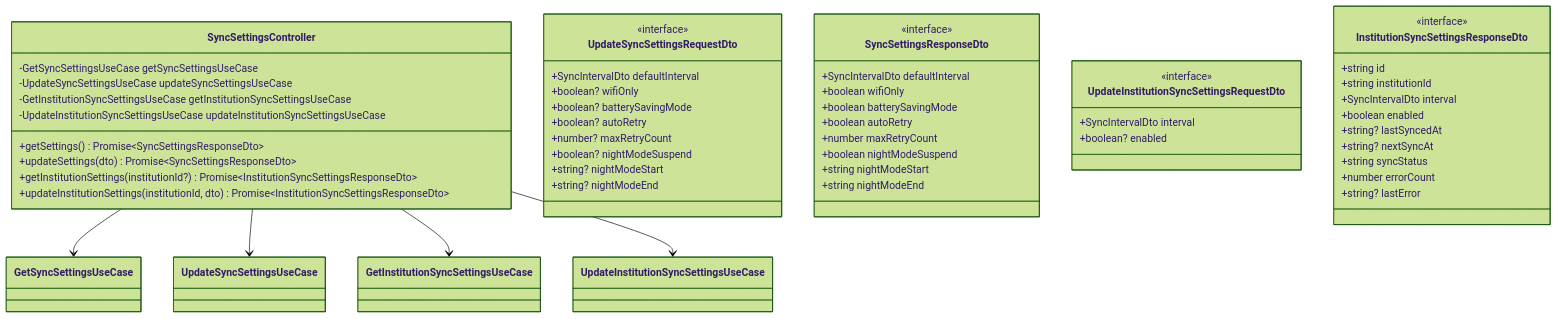
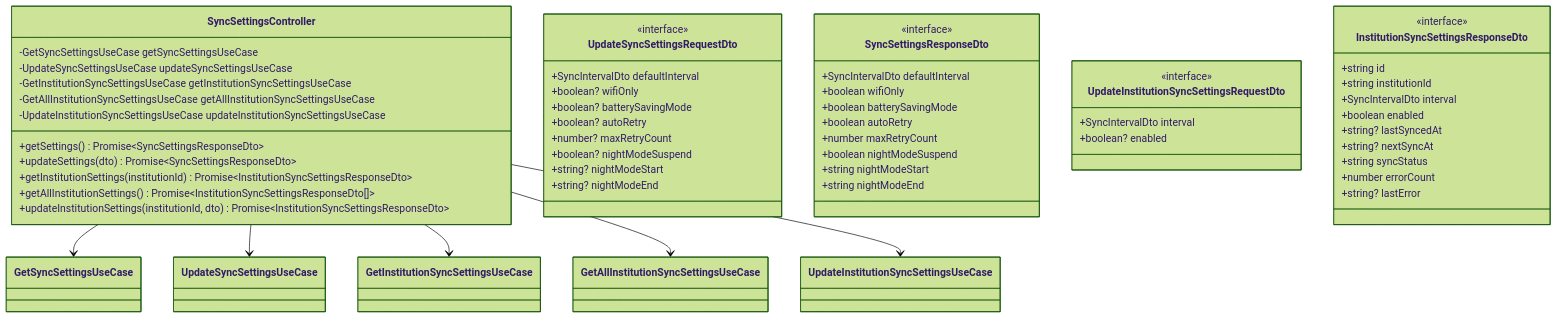
One commit to kencom2400/account-book changed the fourth of 4 diagrams in docs/detailed-design/FR-030_sync-settings/class-diagrams.md. Above: the diagram before and after it, drawn with Mermaid (forest theme). The commit also changed other lines of this file and 5 other files, not shown here.

````diff
--- a/docs/detailed-design/FR-030_sync-settings/class-diagrams.md
+++ b/docs/detailed-design/FR-030_sync-settings/class-diagrams.md
@@ -346,61 +358,64 @@
 ```mermaid
 classDiagram
     class SyncSettingsController {
         -GetSyncSettingsUseCase getSyncSettingsUseCase
         -UpdateSyncSettingsUseCase updateSyncSettingsUseCase
         -GetInstitutionSyncSettingsUseCase getInstitutionSyncSettingsUseCase
+        -GetAllInstitutionSyncSettingsUseCase getAllInstitutionSyncSettingsUseCase
         -UpdateInstitutionSyncSettingsUseCase updateInstitutionSyncSettingsUseCase
         +getSettings() Promise~SyncSettingsResponseDto~
         +updateSettings(dto) Promise~SyncSettingsResponseDto~
-        +getInstitutionSettings(institutionId?) Promise~InstitutionSyncSettingsResponseDto~
+        +getInstitutionSettings(institutionId) Promise~InstitutionSyncSettingsResponseDto~
+        +getAllInstitutionSettings() Promise~InstitutionSyncSettingsResponseDto[]~
         +updateInstitutionSettings(institutionId, dto) Promise~InstitutionSyncSettingsResponseDto~
     }
 
     class UpdateSyncSettingsRequestDto {
         <<interface>>
         +SyncIntervalDto defaultInterval
         +boolean? wifiOnly
         +boolean? batterySavingMode
         +boolean? autoRetry
         +number? maxRetryCount
         +boolean? nightModeSuspend
         +string? nightModeStart
         +string? nightModeEnd
     }
 
     class SyncSettingsResponseDto {
         <<interface>>
         +SyncIntervalDto defaultInterval
         +boolean wifiOnly
         +boolean batterySavingMode
         +boolean autoRetry
         +number maxRetryCount
         +boolean nightModeSuspend
         +string nightModeStart
         +string nightModeEnd
     }
 
     class UpdateInstitutionSyncSettingsRequestDto {
         <<interface>>
         +SyncIntervalDto interval
         +boolean? enabled
     }
 
     class InstitutionSyncSettingsResponseDto {
         <<interface>>
         +string id
         +string institutionId
         +SyncIntervalDto interval
         +boolean enabled
         +string? lastSyncedAt
         +string? nextSyncAt
         +string syncStatus
         +number errorCount
         +string? lastError
     }
 
     SyncSettingsController --> GetSyncSettingsUseCase
     SyncSettingsController --> UpdateSyncSettingsUseCase
     SyncSettingsController --> GetInstitutionSyncSettingsUseCase
+    SyncSettingsController --> GetAllInstitutionSyncSettingsUseCase
     SyncSettingsController --> UpdateInstitutionSyncSettingsUseCase
 ```
````
